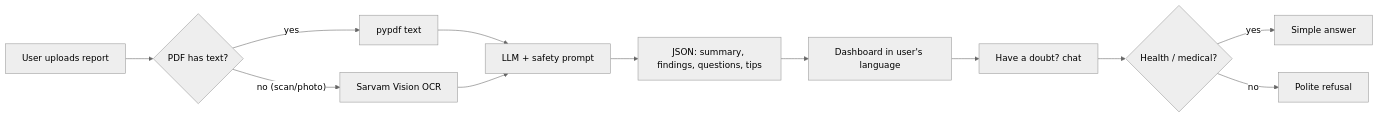
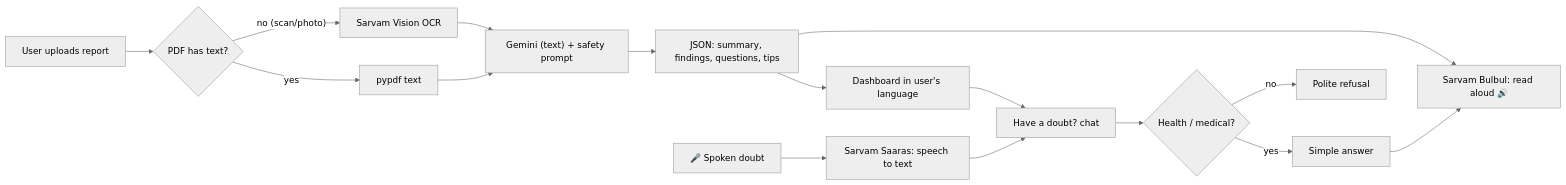
Before and after one commit to Nidhishj/Sarvam_Medical_Report_Explainer: the diagram in README.md, drawn with Mermaid (neutral theme). The commit also changed other lines of this file and 8 other files, not shown here.

First line of the commit message:
Add Sarvam voice, Gemini text default, and fix scanned-report OCR

````diff
--- a/README.md
+++ b/README.md
@@ -31,14 +36,18 @@
 ```mermaid
 flowchart LR
     U[User uploads report] --> X{PDF has text?}
     X -- yes --> T[pypdf text]
     X -- "no (scan/photo)" --> V[Sarvam Vision OCR]
-    T --> L[LLM + safety prompt]
+    T --> L["Gemini (text) + safety prompt"]
     V --> L
     L --> J[JSON: summary, findings, questions, tips]
     J --> D[Dashboard in user's language]
+    J --> S["Sarvam Bulbul: read aloud 🔊"]
+    M["🎤 Spoken doubt"] --> STT[Sarvam Saaras: speech to text]
+    STT --> Q
     D --> Q[Have a doubt? chat]
     Q --> G{Health / medical?}
     G -- yes --> A[Simple answer]
     G -- no --> R[Polite refusal]
+    A --> S
 ```
````
